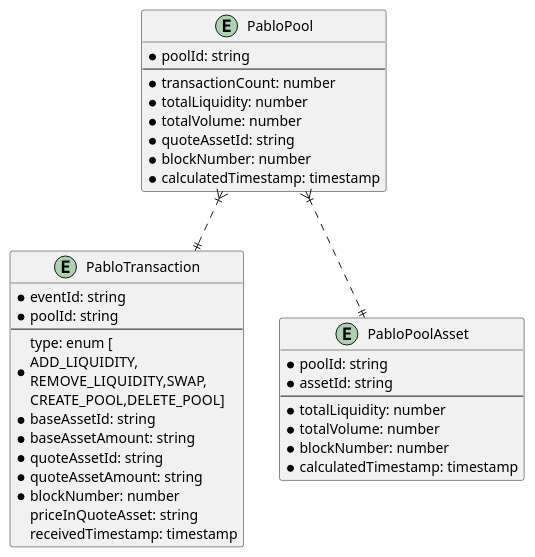
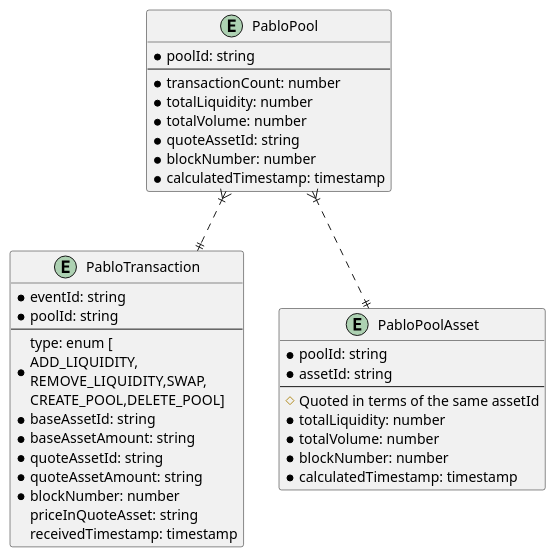
One commit to ComposableFi/composable changed the first of 2 diagrams in subsquid/design.adoc. Above: the diagram before and after it, drawn with PlantUML. The commit also changed 2 other files, not shown here.

Commit message:
Apply suggestions from code review

```diff
--- a/subsquid/design.adoc
+++ b/subsquid/design.adoc
@@ -29,40 +29,41 @@
 [plantuml,images/pablo-squid-entities,png]
 ----
 entity PabloTransaction {
     * eventId: string
     * poolId: string
     --
     * type: enum [\nADD_LIQUIDITY,\nREMOVE_LIQUIDITY,SWAP,\nCREATE_POOL,DELETE_POOL]
     * baseAssetId: string
     * baseAssetAmount: string
     * quoteAssetId: string
     * quoteAssetAmount: string
     * blockNumber: number
     priceInQuoteAsset: string
     receivedTimestamp: timestamp
 }
 
 entity PabloPool {
     * poolId: string
     --
     * transactionCount: number
     * totalLiquidity: number
     * totalVolume: number
     * quoteAssetId: string
     * blockNumber: number
     * calculatedTimestamp: timestamp
 }
 
 entity PabloPoolAsset {
     * poolId: string
     * assetId: string
     --
+    # Quoted in terms of the same assetId
     * totalLiquidity: number
     * totalVolume: number
     * blockNumber: number
     * calculatedTimestamp: timestamp
 }
 
 PabloPool }|..|| PabloTransaction
 PabloPool }|..|| PabloPoolAsset
 ----
```
